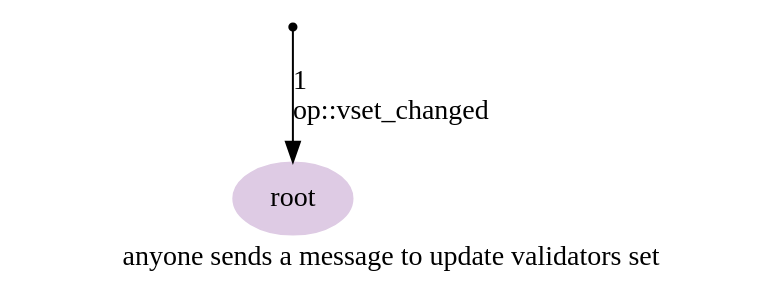
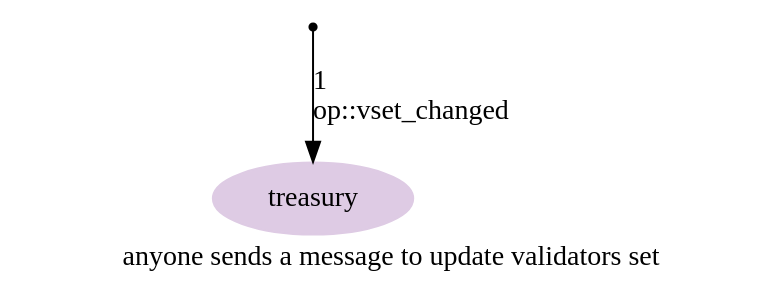
One commit to HipoFinance/contract changed the diagram in graphs/08-vset-changed.dot. Above: the diagram before and after it, drawn with Graphviz. The commit also changed 23 other files, not shown here.

Commit message:
Rename root to treasury

```diff
--- a/graphs/08-vset-changed.dot
+++ b/graphs/08-vset-changed.dot
@@ -1,15 +1,15 @@
 digraph {
     label="anyone sends a message to update validators set"
     node [ colorscheme=pastel19 style=filled ]
 
     /* Entities */
     external [ shape=point ]
-    root [ color=4 ]
+    treasury [ color=4 ]
 
     /* Relationships */
-    external -> root [ label="1\l op::vset_changed\l" ]
+    external -> treasury [ label="1\l op::vset_changed\l" ]
 
     /* Ranks */
     { rank=min external }
-    { rank=max root }
+    { rank=max treasury }
 }
```
